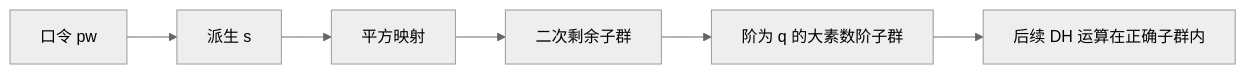
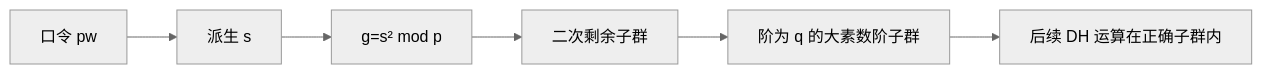
Before and after one commit to 22mouseok-crypto/obsidian-vault: diagram 11 of 21 in 大三下/密码协议/密码协议期末复习-Obsidian视觉版.md, drawn with Mermaid (neutral theme). The commit also changed other lines of this file, not shown here.

````diff
--- a/大三下/密码协议/密码协议期末复习-Obsidian视觉版.md
+++ b/大三下/密码协议/密码协议期末复习-Obsidian视觉版.md
@@ -418,8 +418,8 @@
 ```mermaid
 flowchart LR
     PW[口令 pw] --> S[派生 s]
-    S --> G[平方映射]
+    S --> G["g=s² mod p"]
     G --> QR[二次剩余子群]
     QR --> Q[阶为 q 的大素数阶子群]
     Q --> DH[后续 DH 运算在正确子群内]
 ```
````
